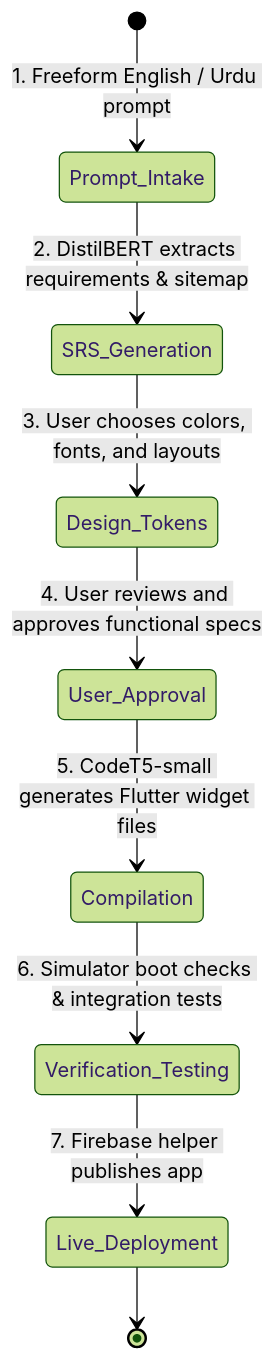
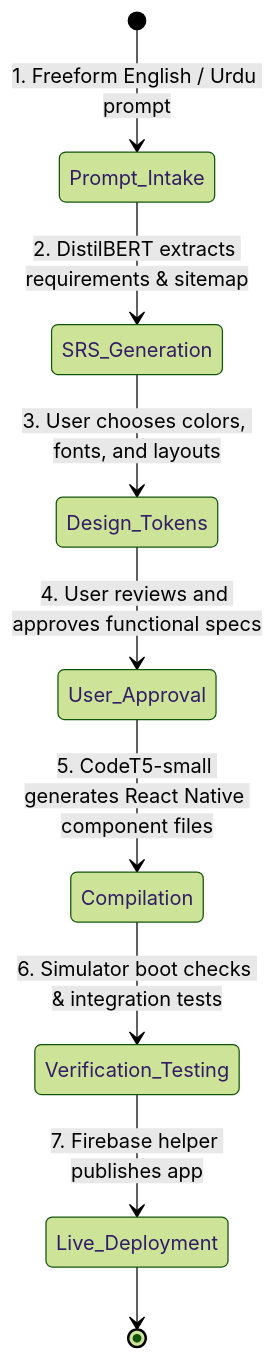
Before and after one commit to Jinie-AI/Jinie: the second of 3 diagrams in README.md, drawn with Mermaid (forest theme). The commit also changed other lines of this file and 12 other files, not shown here.

Commit message:
feat: migrate application stack from Flutter to React Native (with Expo) and initialize backend compilation and generation modules.

````diff
--- a/README.md
+++ b/README.md
@@ -80,11 +80,11 @@
 ```mermaid
 stateDiagram-v2
     [*] --> Prompt_Intake : 1. Freeform English / Urdu prompt
     Prompt_Intake --> SRS_Generation : 2. DistilBERT extracts requirements & sitemap
     SRS_Generation --> Design_Tokens : 3. User chooses colors, fonts, and layouts
     Design_Tokens --> User_Approval : 4. User reviews and approves functional specs
-    User_Approval --> Compilation : 5. CodeT5-small generates Flutter widget files
+    User_Approval --> Compilation : 5. CodeT5-small generates React Native component files
     Compilation --> Verification_Testing : 6. Simulator boot checks & integration tests
     Verification_Testing --> Live_Deployment : 7. Firebase helper publishes app
     Live_Deployment --> [*]
 ```
````
